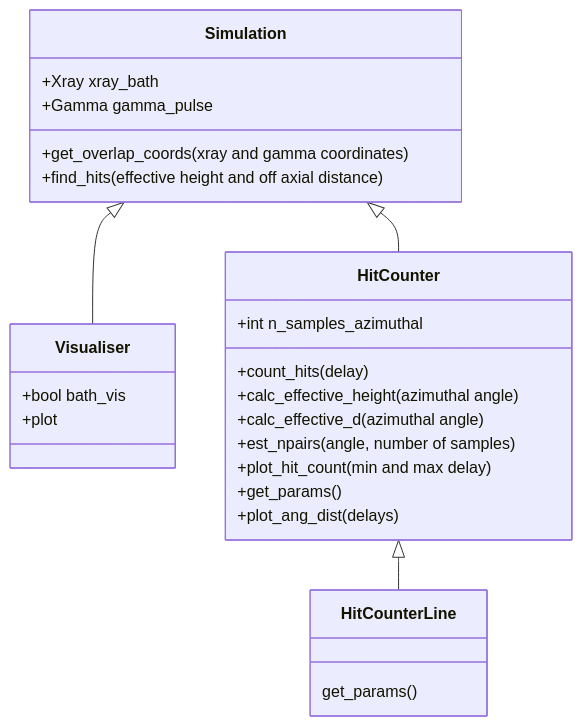
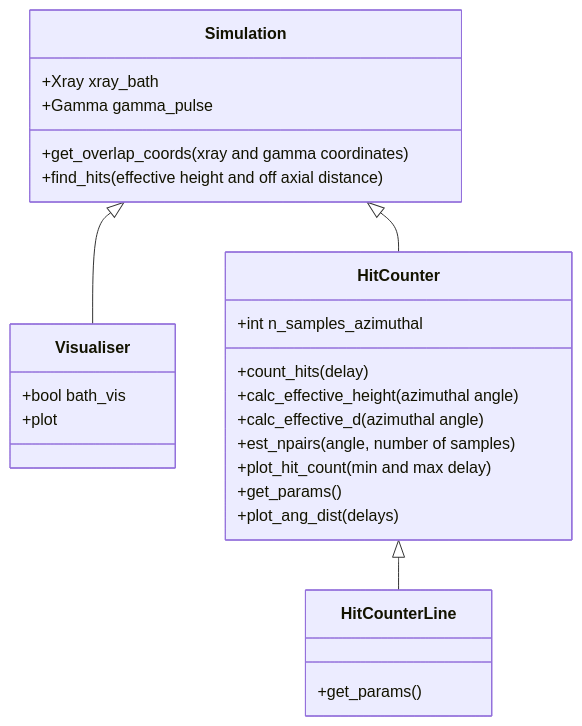
Before and after one commit to genericaccountname15/MakingMatterfromLight2025: the second of 3 diagrams in README.md, drawn with Mermaid.

````diff
--- a/README.md
+++ b/README.md
@@ -87,27 +87,27 @@
 ```mermaid
 classDiagram
     Simulation <|-- Visualiser
     Simulation <|-- HitCounter
     HitCounter <|-- HitCounterLine
     Simulation : +Xray xray_bath
     Simulation : +Gamma gamma_pulse
     Simulation : +get_overlap_coords(xray and gamma coordinates)
     Simulation : +find_hits(effective height and off axial distance)
     class Visualiser {
         +bool bath_vis
         +plot
     }
     class HitCounter{
         +int n_samples_azimuthal
         +count_hits(delay)
         +calc_effective_height(azimuthal angle)
         +calc_effective_d(azimuthal angle)
         +est_npairs(angle, number of samples)
         +plot_hit_count(min and max delay)
         +get_params()
         +plot_ang_dist(delays)
     }
     class HitCounterLine{
-        get_params()
+        +get_params()
     }
 ```
````
